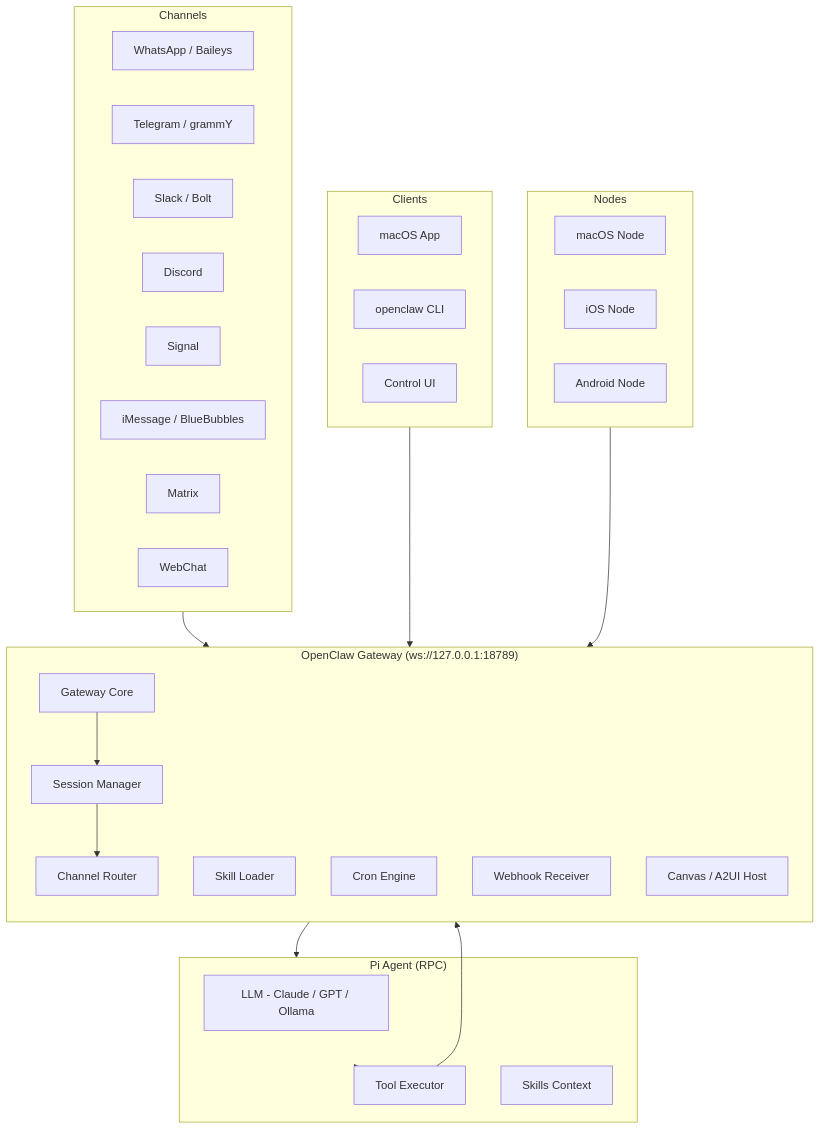
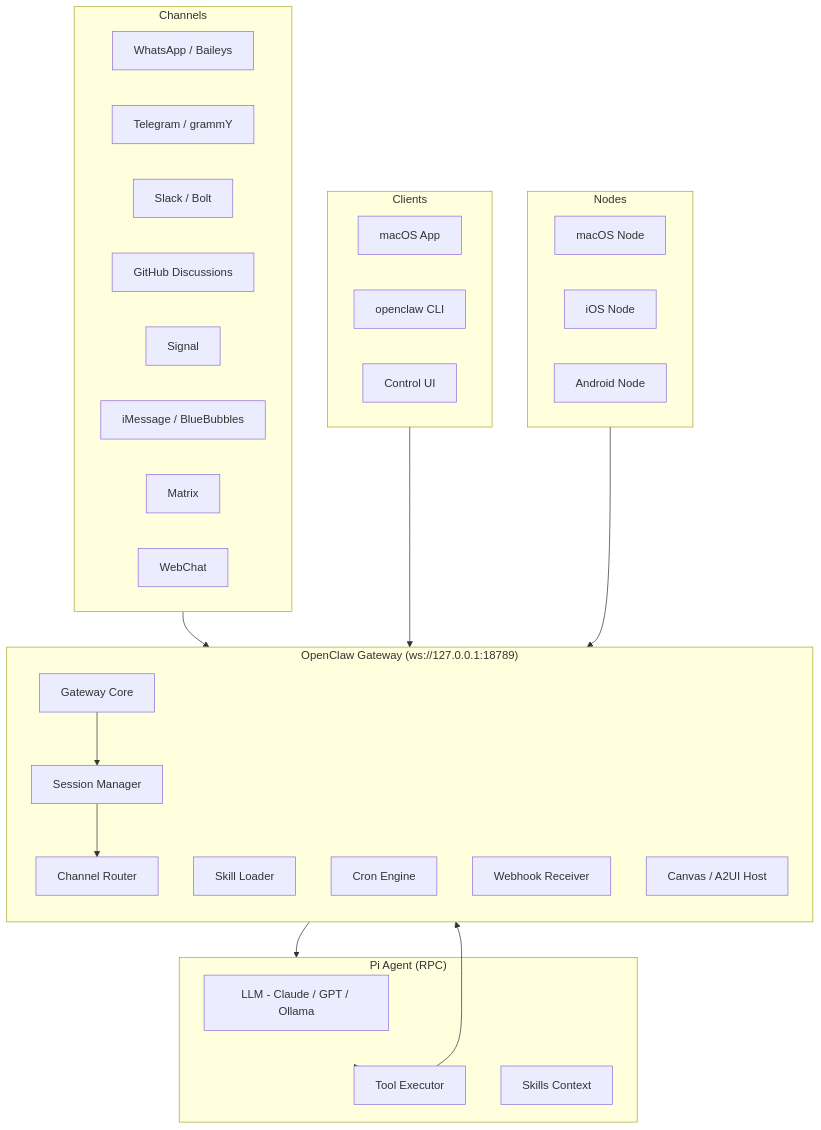
The first of 15 diagrams in docs/explorations/0098_[_]_OPENCLAW_INTEGRATION.md (crs48/xNet), drawn with Mermaid before and after one commit. The commit also changed other lines of this file and 980 other files, not shown here.

````diff
--- a/docs/explorations/0098_[_]_OPENCLAW_INTEGRATION.md
+++ b/docs/explorations/0098_[_]_OPENCLAW_INTEGRATION.md
@@ -43,51 +43,51 @@
 ```mermaid
 graph TB
     subgraph Channels
         WA[WhatsApp / Baileys]
         TG[Telegram / grammY]
         SL[Slack / Bolt]
-        DC[Discord]
+        DC[GitHub Discussions]
         SIG[Signal]
         IM[iMessage / BlueBubbles]
         MAT[Matrix]
         WC[WebChat]
     end
 
     subgraph Gateway["OpenClaw Gateway (ws://127.0.0.1:18789)"]
         direction TB
         GW_CORE[Gateway Core]
         SESSION[Session Manager]
         ROUTER[Channel Router]
         SKILL_LOAD[Skill Loader]
         CRON[Cron Engine]
         WEBHOOK[Webhook Receiver]
         CANVAS[Canvas / A2UI Host]
     end
 
     subgraph Clients
         MAC[macOS App]
         CLI[openclaw CLI]
         UI[Control UI]
     end
 
     subgraph Nodes
         NODE_MAC[macOS Node]
         NODE_IOS[iOS Node]
         NODE_AND[Android Node]
     end
 
     subgraph Agent["Pi Agent (RPC)"]
         MODEL[LLM - Claude / GPT / Ollama]
         TOOLS[Tool Executor]
         SKILLS[Skills Context]
     end
 
     Channels --> GW_CORE
     GW_CORE --> SESSION
     SESSION --> ROUTER
     GW_CORE --> Agent
     Agent --> TOOLS
     TOOLS --> SKILL_LOAD
     Clients --> GW_CORE
     Nodes --> GW_CORE
 ```
````
